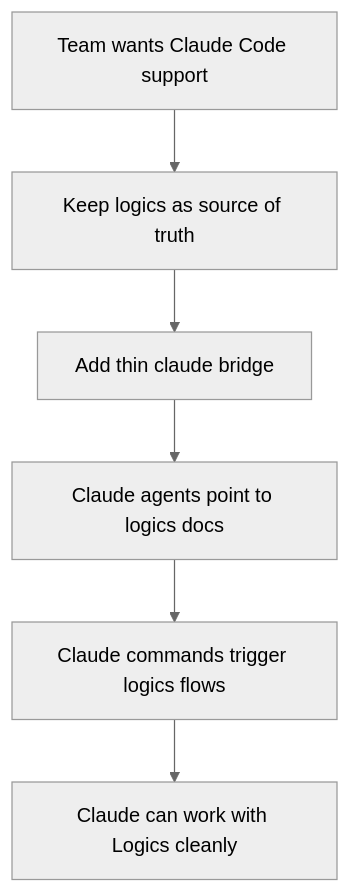
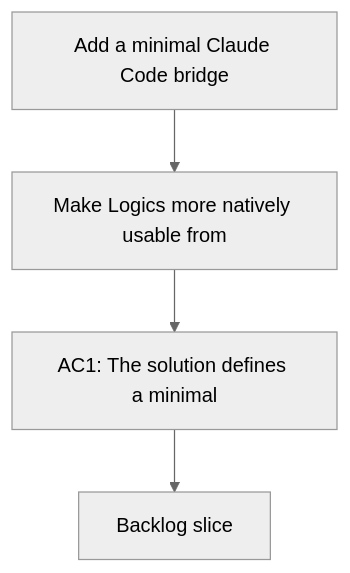
Before and after one commit to AlexAgo83/logics-manager: the diagram in logics/request/req_055_add_a_minimal_claude_code_bridge_for_logics_agents.md, drawn with Mermaid (neutral theme). The commit also changed other lines of this file and 481 other files, not shown here.

````diff
--- a/logics/request/req_055_add_a_minimal_claude_code_bridge_for_logics_agents.md
+++ b/logics/request/req_055_add_a_minimal_claude_code_bridge_for_logics_agents.md
@@ -32,9 +32,8 @@
 ```mermaid
+%% logics-kind: request
 %% logics-signature: request|add-a-minimal-claude-code-bridge-for-log|make-logics-more-natively-usable-from|ac1-the-solution-defines-a-minimal
 flowchart TD
-    Need[Team wants Claude Code support] --> Constraint[Keep logics as source of truth]
-    Constraint --> Bridge[Add thin claude bridge]
-    Bridge --> Agents[Claude agents point to logics docs]
-    Agents --> Commands[Claude commands trigger logics flows]
-    Commands --> Outcome[Claude can work with Logics cleanly]
+    Trigger[Add a minimal Claude Code bridge] --> Need[Make Logics more natively usable from]
+    Need --> Outcome[AC1: The solution defines a minimal]
+    Outcome --> Backlog[Backlog slice]
 ```
````
